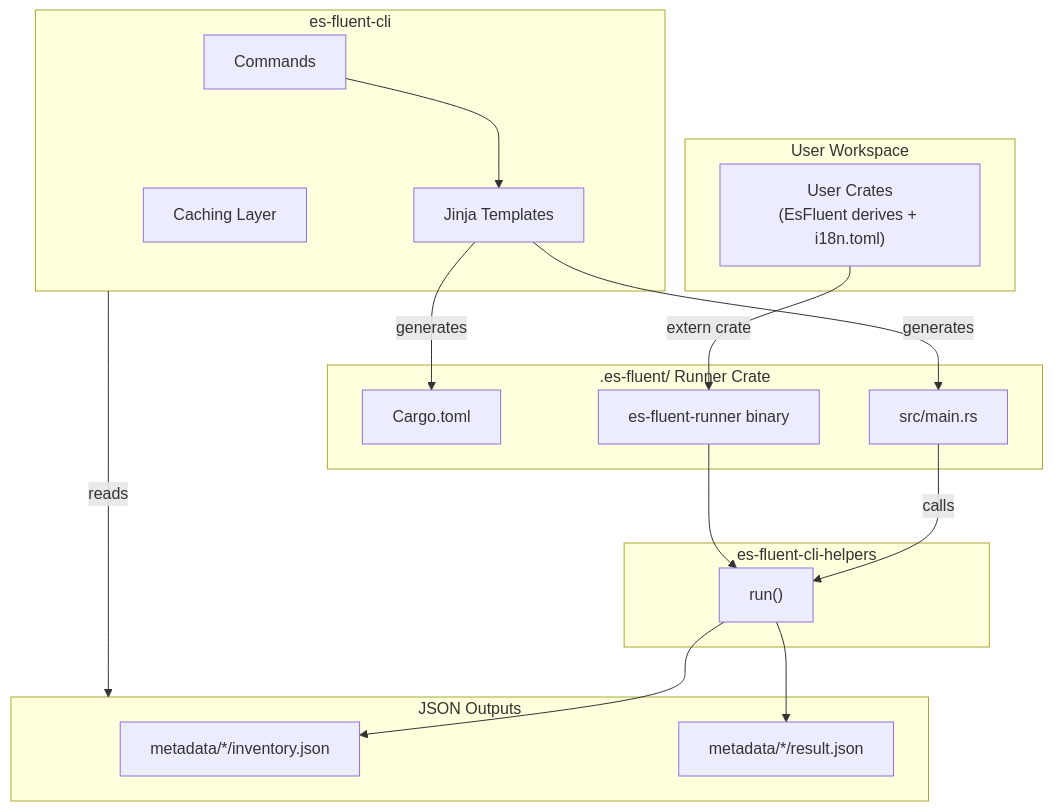
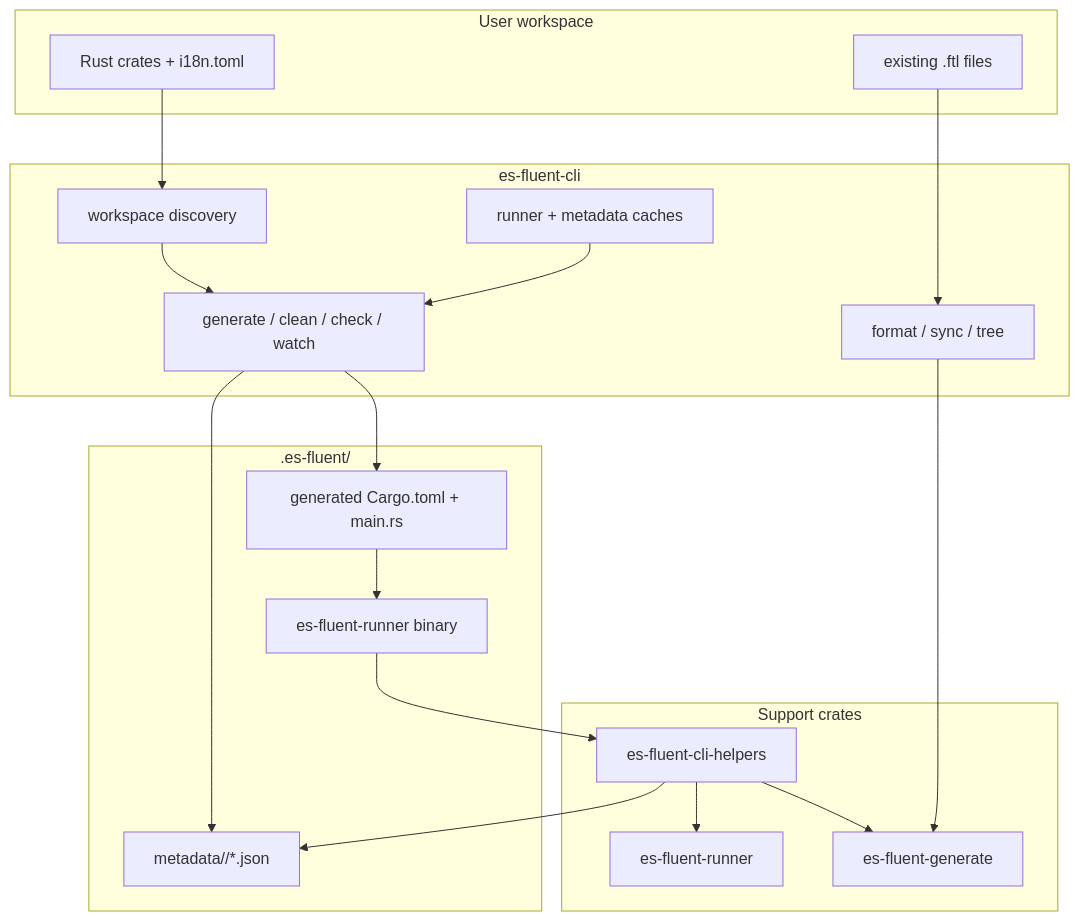
One commit to stayhydated/es-fluent changed the first of 2 diagrams in crates/es-fluent-cli/docs/ARCHITECTURE.md. Above: the diagram before and after it, drawn with Mermaid. The commit also changed other lines of this file and 16 other files, not shown here.

````diff
--- a/crates/es-fluent-cli/docs/ARCHITECTURE.md
+++ b/crates/es-fluent-cli/docs/ARCHITECTURE.md
@@ -11,36 +22,39 @@
 ```mermaid
 flowchart TD
-    subgraph USER["User Workspace"]
-        UC["User Crates<br/>(EsFluent derives + i18n.toml)"]
+    subgraph USER["User workspace"]
+        CODE["Rust crates + i18n.toml"]
+        FTL["existing .ftl files"]
     end
 
     subgraph CLI["es-fluent-cli"]
-        CMD[Commands]
-        JINJA[Jinja Templates]
-        CACHE[Caching Layer]
+        DISCOVER["workspace discovery"]
+        RUNNERCMDS["generate / clean / check / watch"]
+        DIRECT["format / sync / tree"]
+        CACHE["runner + metadata caches"]
     end
 
-    subgraph RUNNER[".es-fluent/ Runner Crate"]
-        CARGO[Cargo.toml]
-        MAIN[src/main.rs]
-        BIN[es-fluent-runner binary]
+    subgraph RUNNER[".es-fluent/"]
+        TEMP["generated Cargo.toml + main.rs"]
+        BIN["es-fluent-runner binary"]
+        META["metadata/<crate>/*.json"]
     end
 
-    subgraph HELPERS_BOX["es-fluent-cli-helpers"]
-        HELPERS["run()"]
+    subgraph HELPERS["Support crates"]
+        CLIH["es-fluent-cli-helpers"]
+        RUNNERPROTO["es-fluent-runner"]
+        GENERATE["es-fluent-generate"]
     end
 
-    subgraph OUTPUT["JSON Outputs"]
-        INV[metadata/*/inventory.json]
-        RES[metadata/*/result.json]
-    end
-
-    CMD --> JINJA
-    JINJA -->|generates| CARGO
-    JINJA -->|generates| MAIN
-    MAIN -->|calls| HELPERS
-    UC -->|extern crate| BIN
-    BIN --> HELPERS
-    HELPERS --> INV & RES
-    CLI -->|reads| OUTPUT
+    CODE --> DISCOVER
+    FTL --> DIRECT
+    DISCOVER --> RUNNERCMDS
+    RUNNERCMDS --> TEMP
+    TEMP --> BIN
+    BIN --> CLIH
+    CLIH --> RUNNERPROTO
+    CLIH --> GENERATE
+    CLIH --> META
+    RUNNERCMDS --> META
+    DIRECT --> GENERATE
+    CACHE --> RUNNERCMDS
 ```
````
